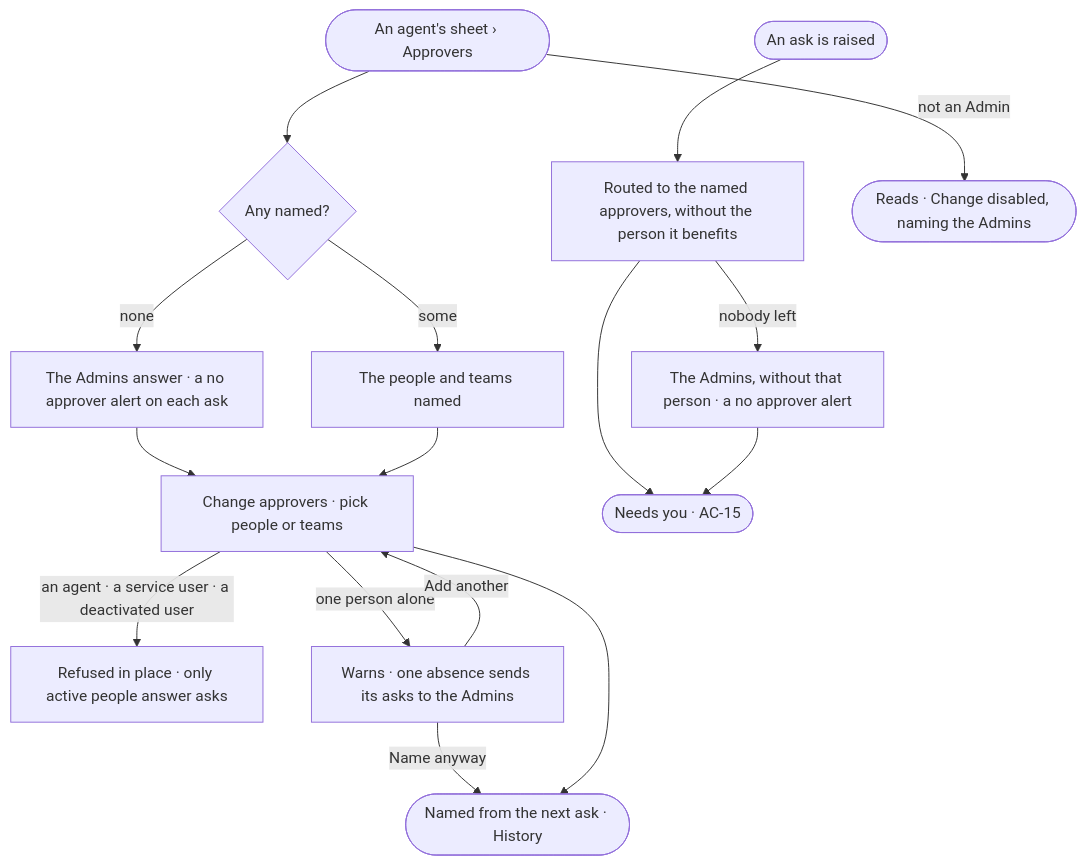
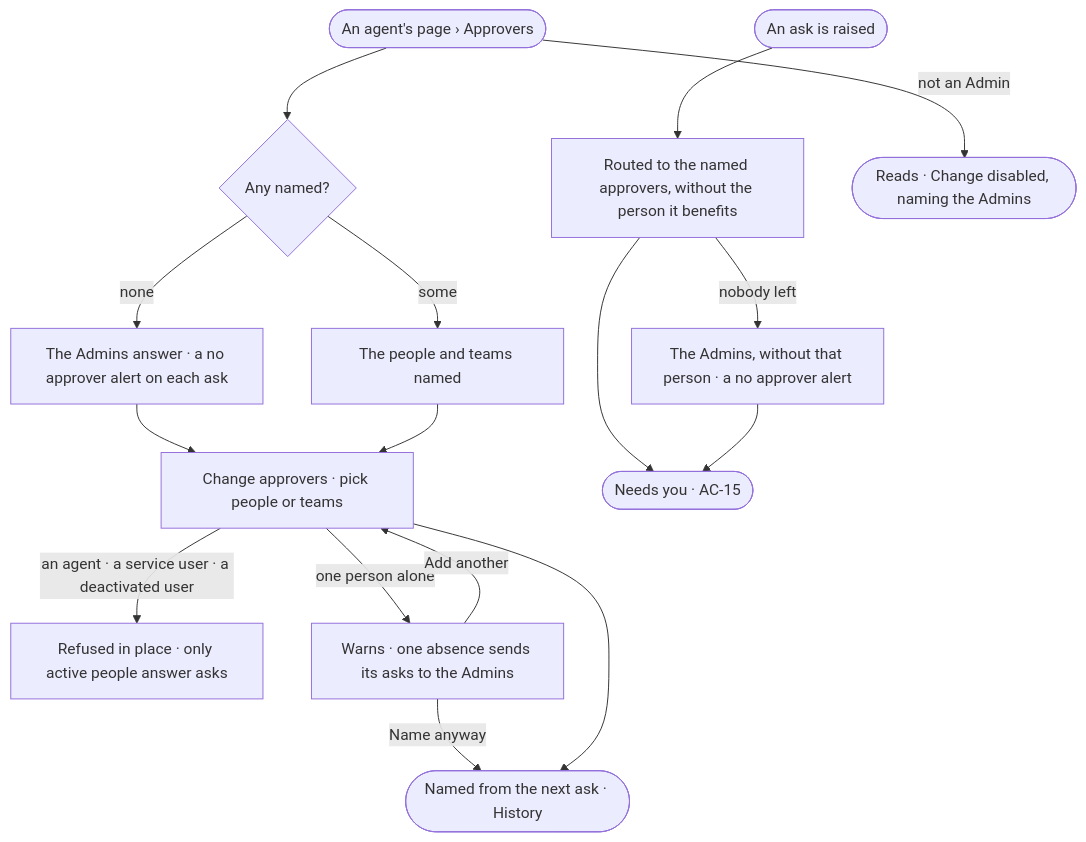
Before and after one commit to invana/invana: the diagram in specs/os/access/features/AC-F05-asks-and-approvals/stories/AC-26-name-who-answers-an-agents-asks/story.md, drawn with Mermaid. The commit also changed 133 other files, not shown here.

````diff
--- a/specs/os/access/features/AC-F05-asks-and-approvals/stories/AC-26-name-who-answers-an-agents-asks/story.md
+++ b/specs/os/access/features/AC-F05-asks-and-approvals/stories/AC-26-name-who-answers-an-agents-asks/story.md
@@ -26,18 +26,18 @@
 ```mermaid
 flowchart TD
-  a([An agent's sheet › Approvers]) --> n{"Any named?"}
+  a([An agent's page › Approvers]) --> n{"Any named?"}
   n -->|none| adm["The Admins answer · a no approver alert on each ask"]
   n -->|some| l["The people and teams named"]
   adm --> ch["Change approvers · pick people or teams"]
   l --> ch
   ch -->|an agent · a service user · a deactivated user| ref["Refused in place · only active people answer asks"]
   ch -->|one person alone| warn["Warns · one absence sends its asks to the Admins"]
   warn -->|Name anyway| ok
   warn -->|Add another| ch
   ch --> ok(["Named from the next ask · History"])
   ask([An ask is raised]) --> rt["Routed to the named approvers, without the person it benefits"]
   rt -->|nobody left| fb["The Admins, without that person · a no approver alert"]
   rt --> inbox(["Needs you · AC-15"])
   fb --> inbox
   a -->|not an Admin| ro(["Reads · Change disabled, naming the Admins"])
 ```
````
